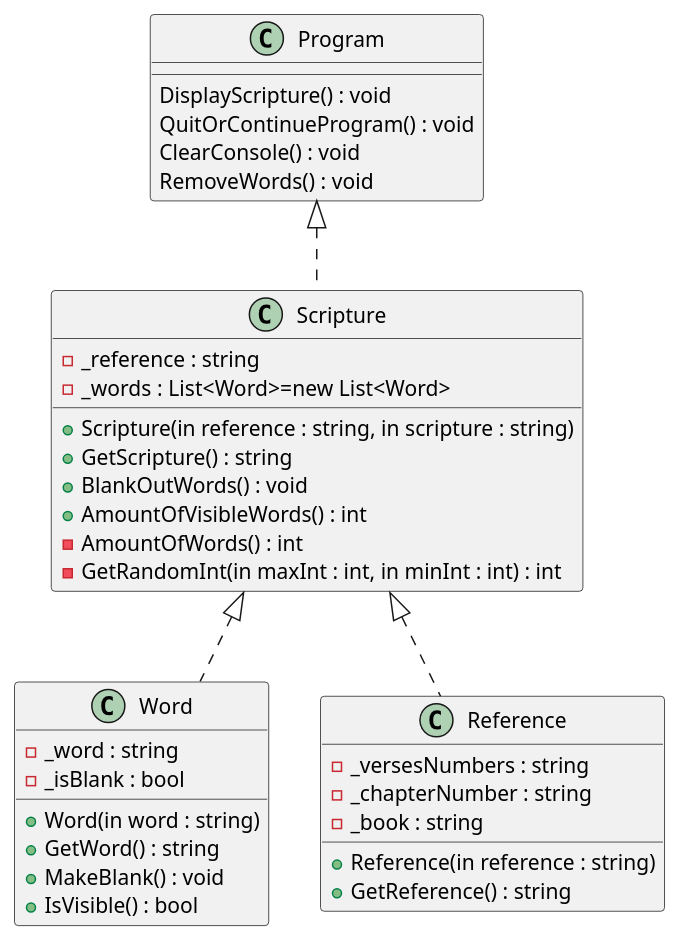
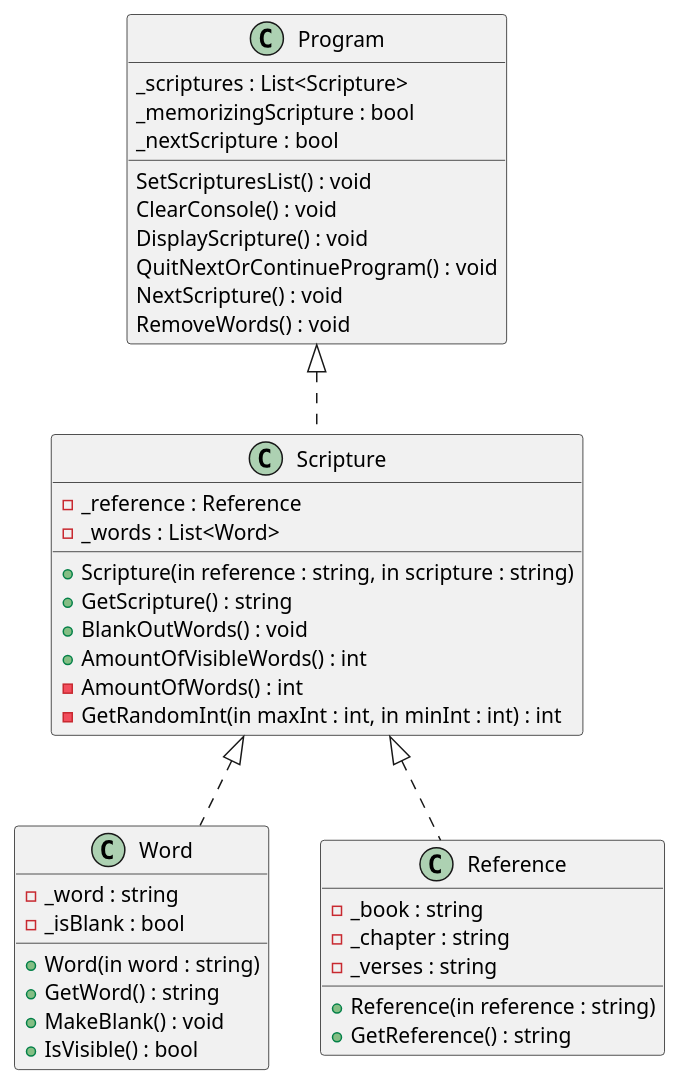
The diagram in prove/Develop03/design.puml (joshwmerrell/cse210-projects), drawn with PlantUML before and after one commit. The commit also changed 4 other files, not shown here.

```diff
--- a/prove/Develop03/design.puml
+++ b/prove/Develop03/design.puml
@@ -1,46 +1,51 @@
 @startuml design
 
 class Program
 {
+    _scriptures : List<Scripture>
+    _memorizingScripture : bool
+    _nextScripture : bool
+    SetScripturesList() : void
+    ClearConsole() : void
     DisplayScripture() : void
-    QuitOrContinueProgram() : void
-    ClearConsole() : void
+    QuitNextOrContinueProgram() : void
+    NextScripture() : void
     RemoveWords() : void
 }
 
 class Scripture
 {
-    -_reference : string
-    -_words : List<Word>=new List<Word>
+    -_reference : Reference
+    -_words : List<Word>
     +Scripture(in reference : string, in scripture : string)
     +GetScripture() : string
     +BlankOutWords() : void
     +AmountOfVisibleWords() : int
     -AmountOfWords() : int
     -GetRandomInt(in maxInt : int, in minInt : int) : int
 }
 
 class Word
 {
     -_word : string
     -_isBlank : bool
     +Word(in word : string)
     +GetWord() : string
     +MakeBlank() : void
     +IsVisible() : bool
 }
 
 class Reference
 {
-    -_versesNumbers : string
-    -_chapterNumber : string
     -_book : string
+    -_chapter : string
+    -_verses : string
     +Reference(in reference : string)
     +GetReference() : string
 }
 
 Program <|.. Scripture
 Scripture <|.. Reference
 Scripture <|.. Word
 
 @enduml
```
